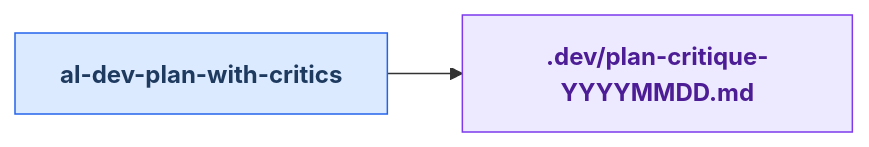
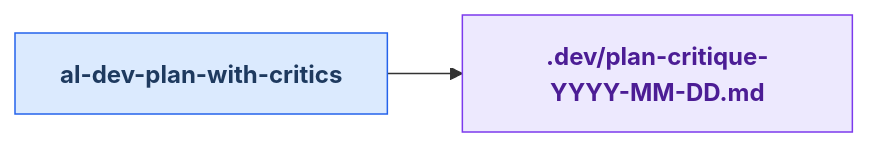
Before and after one commit to russell-laing/al-dev-shared: the ninth of 25 diagrams in docs/al-dev-skills-map.md, drawn with Mermaid. The commit also changed other lines of this file and 4 other files, not shown here.

````diff
--- a/docs/al-dev-skills-map.md
+++ b/docs/al-dev-skills-map.md
@@ -468,16 +483,16 @@
 ```mermaid
 flowchart LR
     classDef skillNode fill:#dbeafe,stroke:#2563eb,color:#1e3a5f,font-weight:bold
     classDef agentNode fill:#d1fae5,stroke:#059669,color:#064e3b,font-weight:bold
     classDef knowledgeNode fill:#fef3c7,stroke:#d97706,color:#78350f,font-weight:bold
     classDef artifactNode fill:#ede9fe,stroke:#7c3aed,color:#4c1d95,font-weight:bold
     classDef phaseNode fill:#e0e7ff,stroke:#6366f1,color:#312e81,font-weight:bold
 
     skill_al_dev_plan_with_critics[al-dev-plan-with-critics]
-    artifact_plan_critique_YYYYMMDD_md[.dev/plan-critique-YYYYMMDD.md]
+    artifact_plan_critique_YYYY_MM_DD_md[.dev/plan-critique-YYYY-MM-DD.md]
 
-    skill_al_dev_plan_with_critics --> artifact_plan_critique_YYYYMMDD_md
+    skill_al_dev_plan_with_critics --> artifact_plan_critique_YYYY_MM_DD_md
 
     class skill_al_dev_plan_with_critics skillNode
-    class artifact_plan_critique_YYYYMMDD_md artifactNode
+    class artifact_plan_critique_YYYY_MM_DD_md artifactNode
 ```
````
